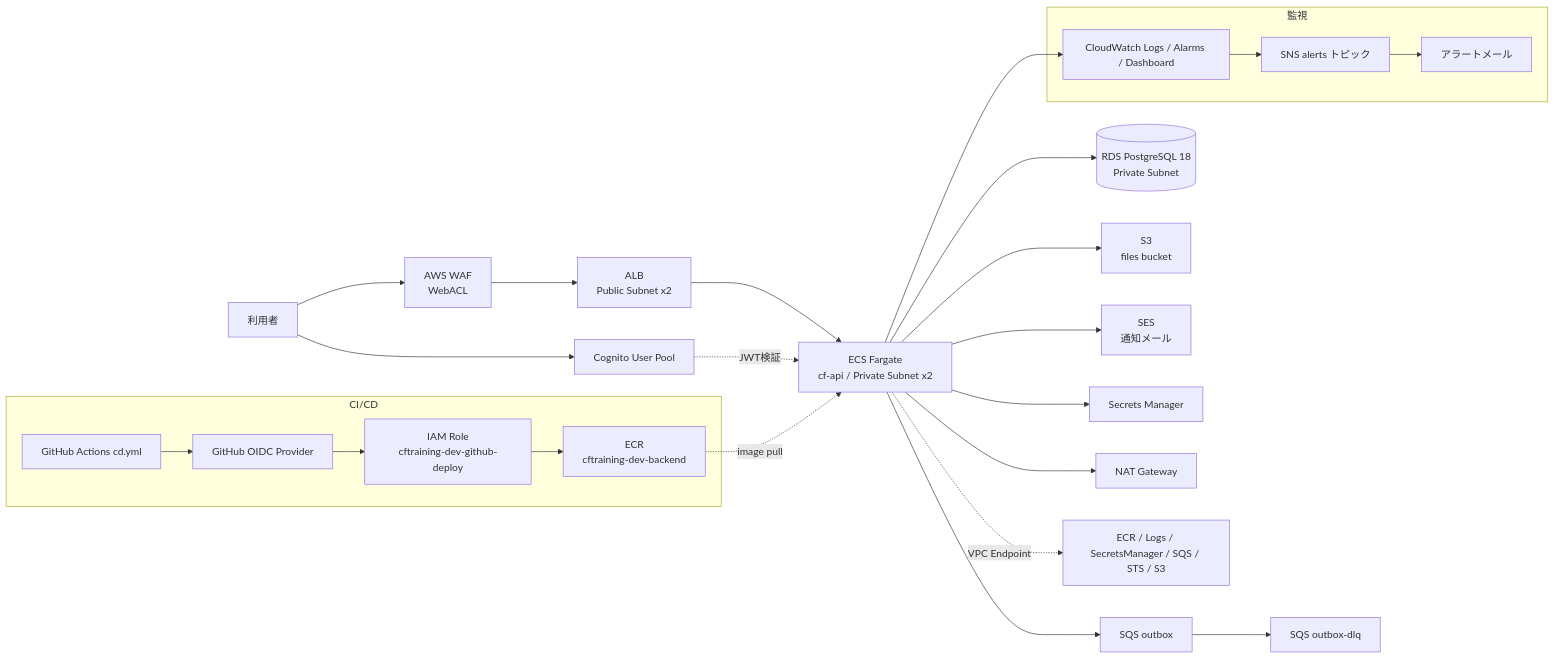
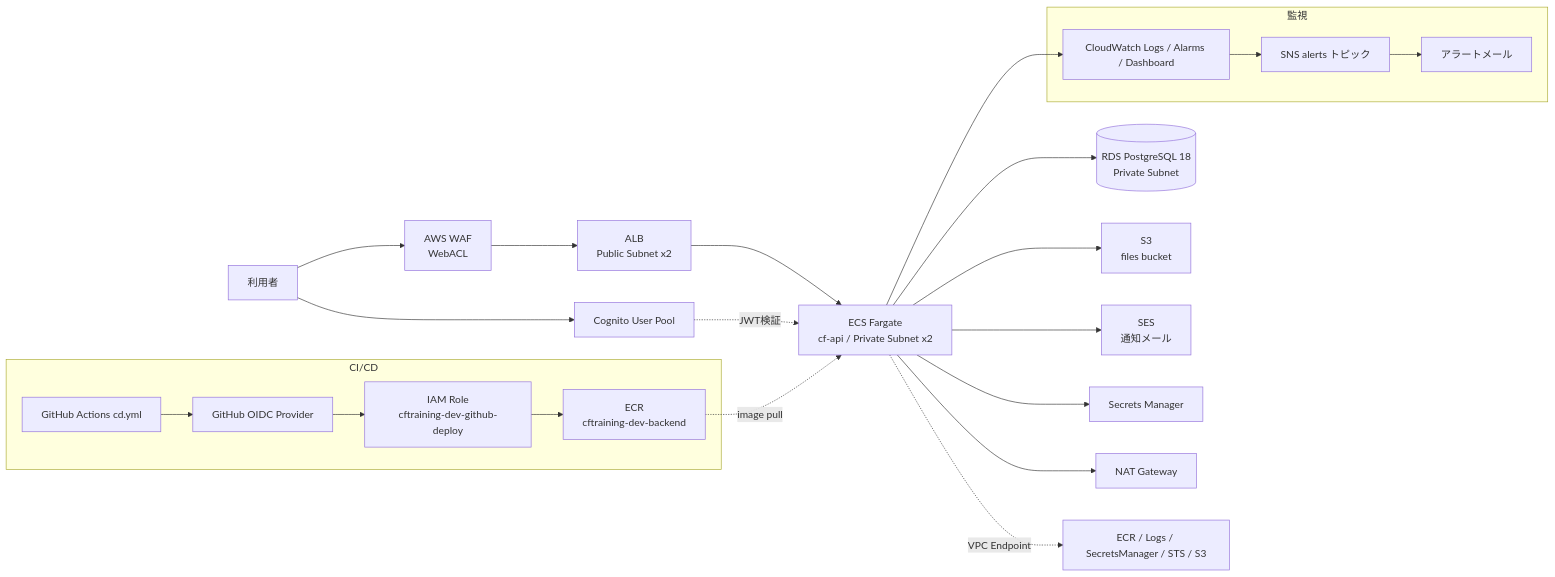
The diagram in docs/ops/aws-contract-build-runbook.md (rice-3/cf), drawn with Mermaid before and after one commit. The commit also changed other lines of this file and 24 other files, not shown here.

````diff
--- a/docs/ops/aws-contract-build-runbook.md
+++ b/docs/ops/aws-contract-build-runbook.md
@@ -36,35 +36,33 @@
 ```mermaid
 flowchart LR
     User[利用者] --> WAF[AWS WAF<br/>WebACL]
     WAF --> ALB[ALB<br/>Public Subnet x2]
     ALB --> ECS[ECS Fargate<br/>cf-api / Private Subnet x2]
 
     ECS --> RDS[(RDS PostgreSQL 18<br/>Private Subnet)]
     ECS --> S3[S3<br/>files bucket]
-    ECS --> SQS[SQS outbox]
-    SQS --> DLQ[SQS outbox-dlq]
     ECS --> SES[SES<br/>通知メール]
     ECS --> SM[Secrets Manager]
 
     User --> Cognito[Cognito User Pool]
     Cognito -. JWT検証 .-> ECS
 
     ECS --> NAT[NAT Gateway]
-    ECS -. VPC Endpoint .-> VPCE[ECR / Logs / SecretsManager / SQS / STS / S3]
+    ECS -. VPC Endpoint .-> VPCE[ECR / Logs / SecretsManager / STS / S3]
 
     subgraph CICD[CI/CD]
         GH[GitHub Actions cd.yml] --> OIDC[GitHub OIDC Provider]
         OIDC --> Role[IAM Role<br/>cftraining-dev-github-deploy]
         Role --> ECR[ECR<br/>cftraining-dev-backend]
     end
 
     ECR -. image pull .-> ECS
 
     subgraph Mon[監視]
         CW[CloudWatch Logs / Alarms / Dashboard]
         SNS[SNS alerts トピック] --> Mail[アラートメール]
     end
 
     ECS --> CW
     CW --> SNS
 ```
````
